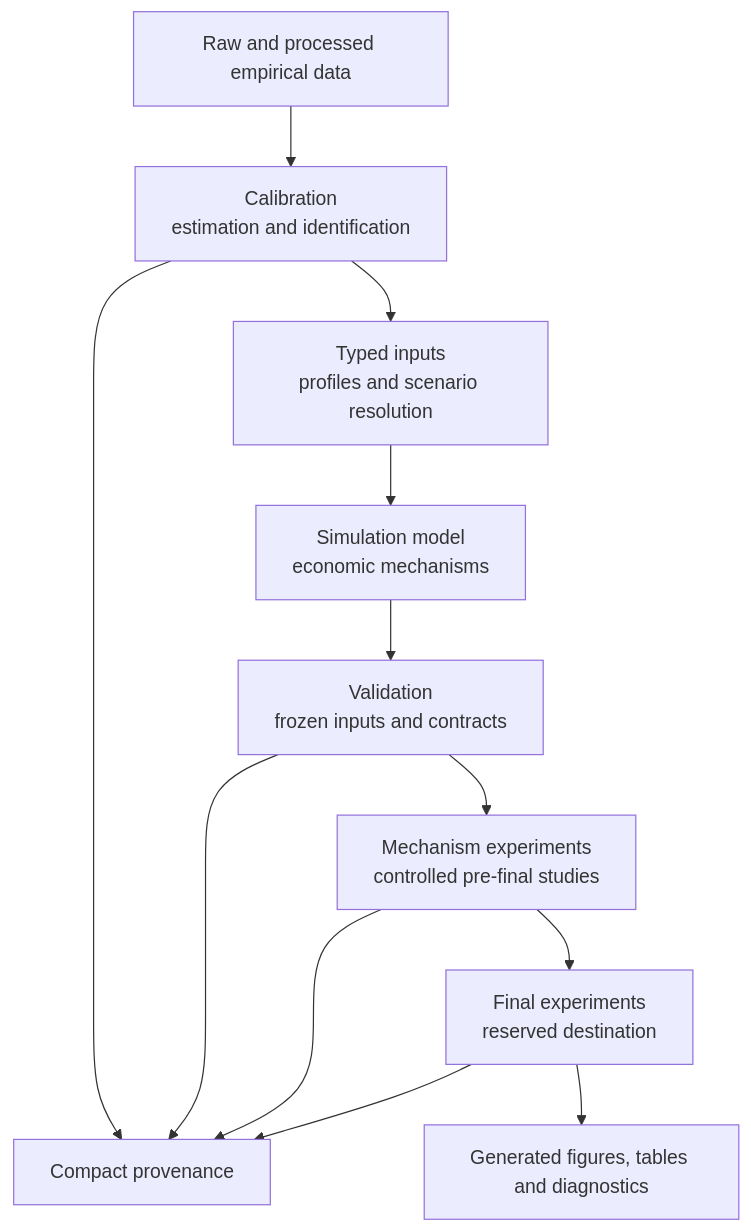
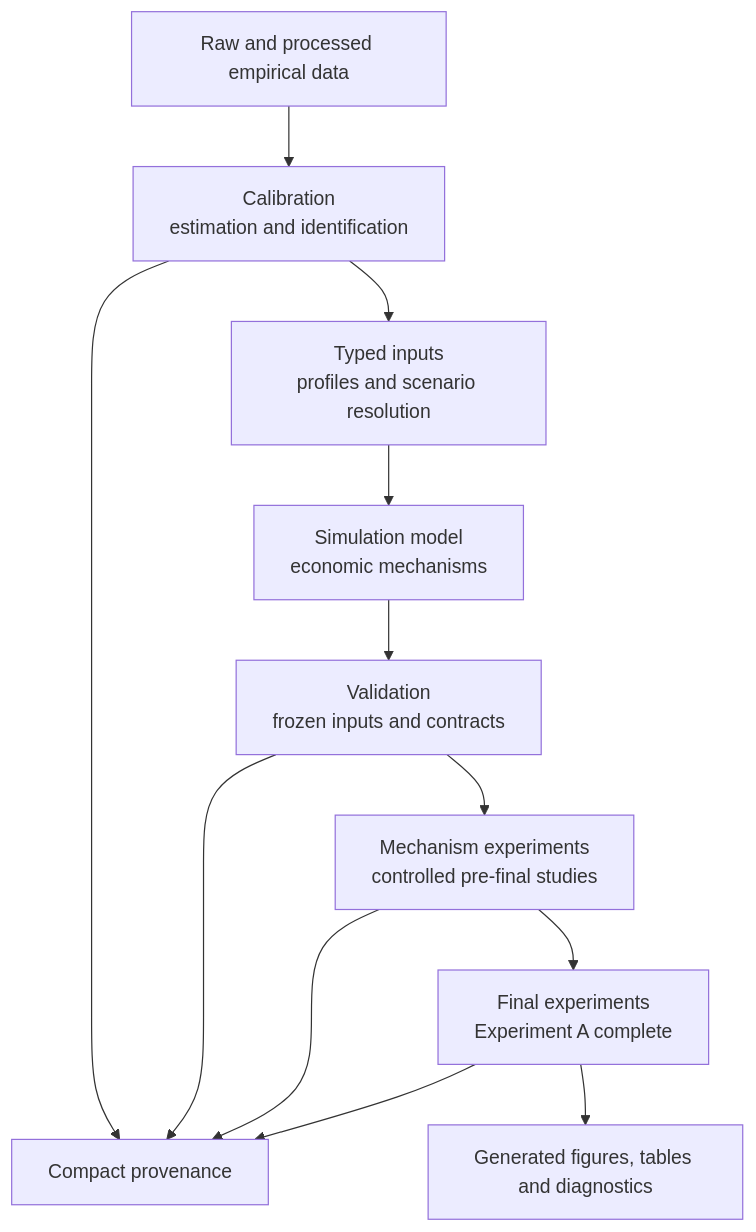
The first of 2 diagrams in docs/overview/project_structure.md (VeroniCup/dai-abm-simulation), drawn with Mermaid before and after one commit. The commit also changed other lines of this file and 34 other files, not shown here.

````diff
--- a/docs/overview/project_structure.md
+++ b/docs/overview/project_structure.md
@@ -9,19 +9,19 @@
 ```mermaid
 flowchart TD
     A["Raw and processed empirical data"]
     B["Calibration<br/>estimation and identification"]
     C["Typed inputs<br/>profiles and scenario resolution"]
     D["Simulation model<br/>economic mechanisms"]
     E["Validation<br/>frozen inputs and contracts"]
     F["Mechanism experiments<br/>controlled pre-final studies"]
-    G["Final experiments<br/>reserved destination"]
+    G["Final experiments<br/>Experiment A complete"]
     H["Compact provenance"]
     I["Generated figures, tables and diagnostics"]
 
     A --> B --> C --> D --> E --> F --> G
     B --> H
     E --> H
     F --> H
     G --> H
     G --> I
 ```
````
